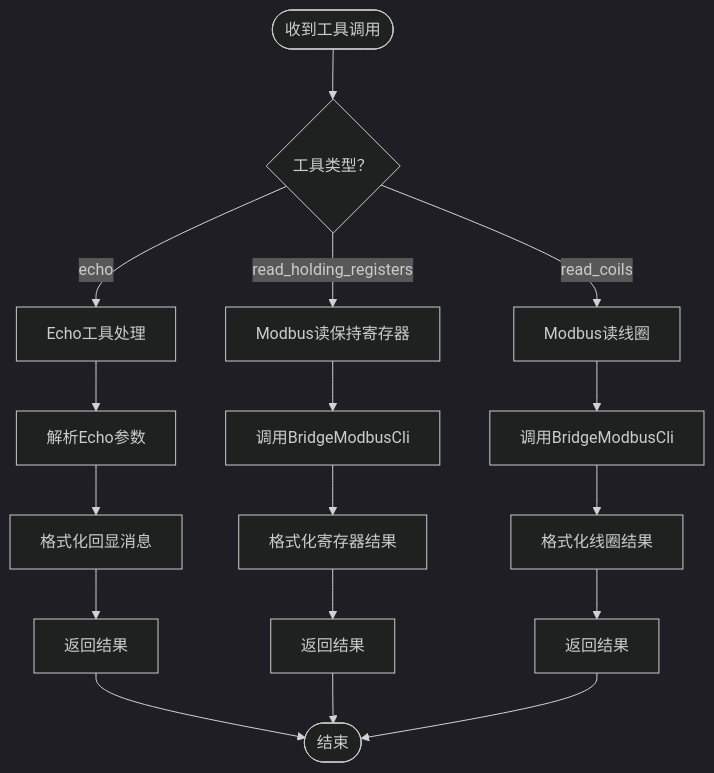
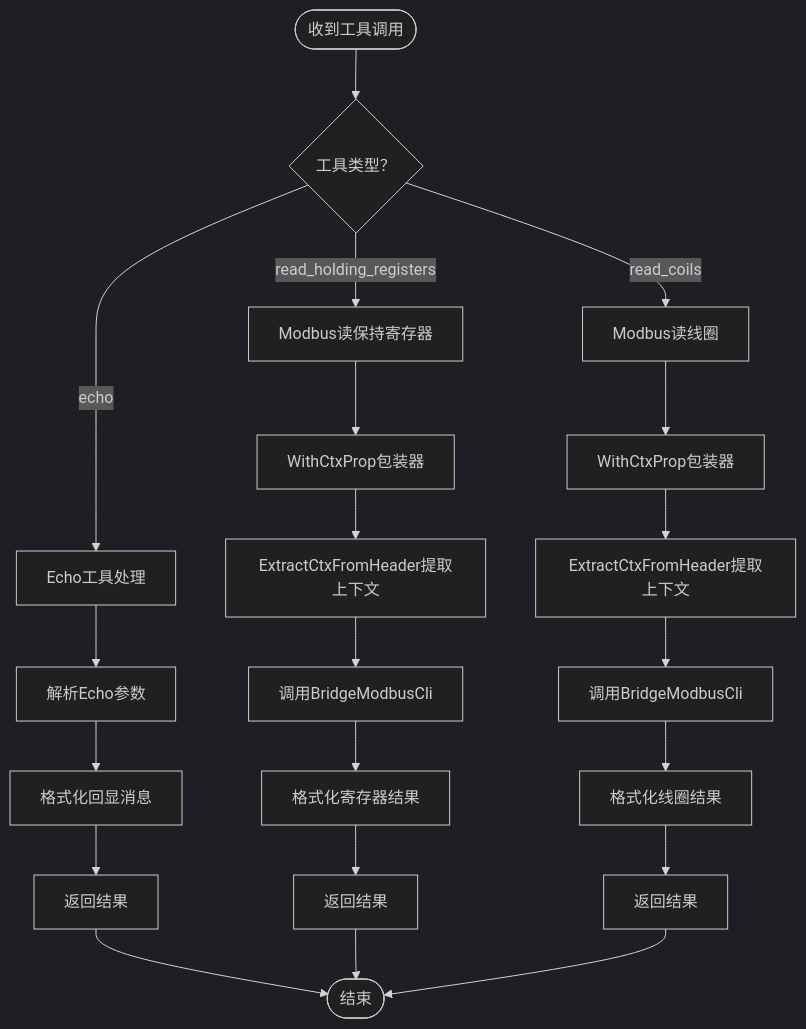
Before and after one commit to maomao94/zero-service: the third of 8 diagrams in .qoder/repowiki/zh/content/AI应用模块/MCP服务器.md, drawn with Mermaid (dark theme). The commit also changed other lines of this file and 11 other files, not shown here.

````diff
--- a/.qoder/repowiki/zh/content/AI应用模块/MCP服务器.md
+++ b/.qoder/repowiki/zh/content/AI应用模块/MCP服务器.md
@@ -186,19 +203,23 @@
 ```mermaid
 flowchart TD
 Start(["收到工具调用"]) --> Check{"工具类型？"}
 Check --> |echo| Echo["Echo工具处理"]
 Check --> |read_holding_registers| Modbus1["Modbus读保持寄存器"]
 Check --> |read_coils| Modbus2["Modbus读线圈"]
 Echo --> Parse1["解析Echo参数"]
 Parse1 --> Format1["格式化回显消息"]
 Format1 --> Return1["返回结果"]
-Modbus1 --> Call1["调用BridgeModbusCli"]
+Modbus1 --> Wrap["WithCtxProp包装器"]
+Wrap --> Extract["ExtractCtxFromHeader提取上下文"]
+Extract --> Call1["调用BridgeModbusCli"]
 Call1 --> Format2["格式化寄存器结果"]
 Format2 --> Return2["返回结果"]
-Modbus2 --> Call2["调用BridgeModbusCli"]
+Modbus2 --> Wrap2["WithCtxProp包装器"]
+Wrap2 --> Extract2["ExtractCtxFromHeader提取上下文"]
+Extract2 --> Call2["调用BridgeModbusCli"]
 Call2 --> Format3["格式化线圈结果"]
 Format3 --> Return3["返回结果"]
 Return1 --> End(["结束"])
 Return2 --> End
 Return3 --> End
 ```
````
